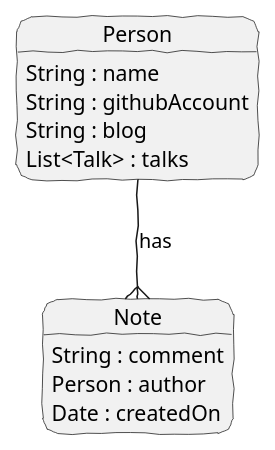
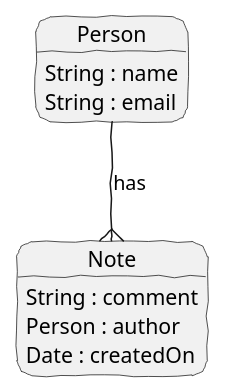
One commit to npalm/blog-graphql-spring-service changed the diagram in doc/demo-model.plantuml. Above: the diagram before and after it, drawn with PlantUML. The commit also changed 1 other file, not shown here.

```diff
--- a/doc/demo-model.plantuml
+++ b/doc/demo-model.plantuml
@@ -1,27 +1,25 @@
 @startuml
 hide footbox
 skinparam roundcorner 20
 skinparam handwritten true
 skinparam backgroundcolor transparent
 
 skinparam note {
   FontName Impact
 }
 
 
 object Note {
     String : comment
     Person : author
     Date : createdOn
 }
 
 object Person {
     String : name
-    String : githubAccount
-    String : blog
-    List<Talk> : talks
+    String : email
 }
 
 
 Person --{ Note : has
 @enduml
```
